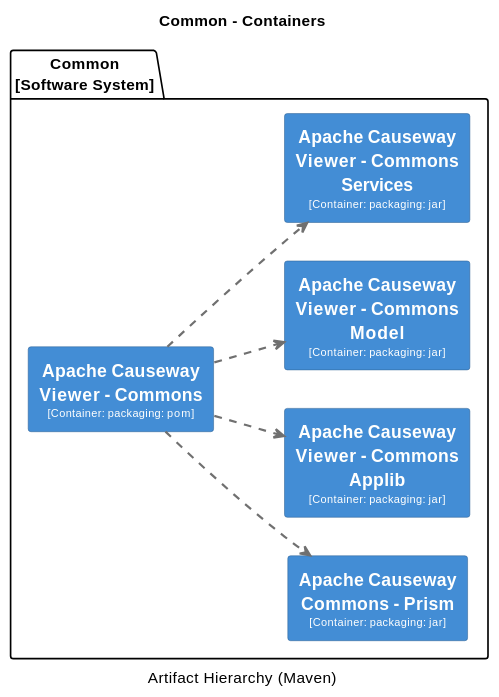
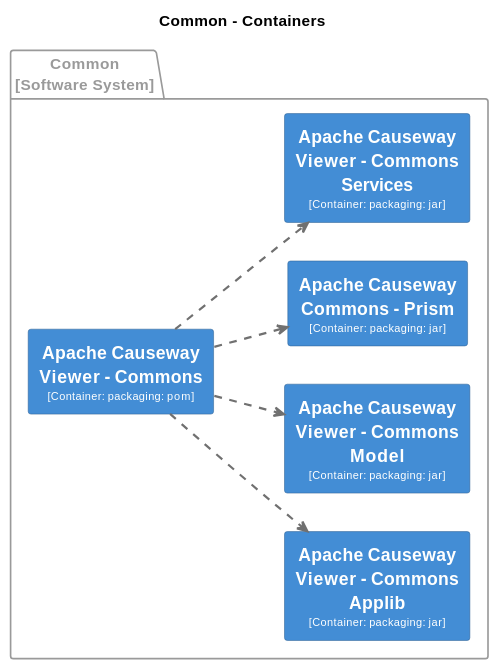
Diagram 15 of 31 in core/adoc/modules/_overview/pages/about.adoc (apache/causeway), drawn with PlantUML before and after one commit. The commit also changed other lines of this file and 7 other files, not shown here.

```diff
--- a/core/adoc/modules/_overview/pages/about.adoc
+++ b/core/adoc/modules/_overview/pages/about.adoc
@@ -2436,53 +2787,61 @@
 [plantuml,Common,svg]
 ----
-@startuml(id=Common)
+@startuml
+set separator none
 title Common - Containers
-caption Artifact Hierarchy (Maven)
+
+left to right direction
 
 skinparam {
   shadowing false
   arrowFontSize 10
   defaultTextAlignment center
   wrapWidth 200
   maxMessageSize 100
 }
+
 hide stereotype
-left to right direction
-skinparam rectangle<<2>> {
+
+skinparam rectangle<<Common.ApacheCausewayCommonsPrism>> {
   BackgroundColor #438dd5
   FontColor #fffffe
   BorderColor #2e6295
 }
-skinparam rectangle<<3>> {
+skinparam rectangle<<Common.ApacheCausewayViewerCommons>> {
   BackgroundColor #438dd5
   FontColor #fffffe
   BorderColor #2e6295
 }
-skinparam rectangle<<4>> {
+skinparam rectangle<<Common.ApacheCausewayViewerCommonsApplib>> {
   BackgroundColor #438dd5
   FontColor #fffffe
   BorderColor #2e6295
 }
-skinparam rectangle<<5>> {
+skinparam rectangle<<Common.ApacheCausewayViewerCommonsModel>> {
   BackgroundColor #438dd5
   FontColor #fffffe
   BorderColor #2e6295
 }
-skinparam rectangle<<6>> {
+skinparam rectangle<<Common.ApacheCausewayViewerCommonsServices>> {
   BackgroundColor #438dd5
   FontColor #fffffe
   BorderColor #2e6295
 }
-package "Common\n[Software System]" {
-  rectangle "==Apache Causeway Commons - Prism\n<size:10>[Container: packaging: jar]</size>" <<5>> as 5
-  rectangle "==Apache Causeway Viewer - Commons\n<size:10>[Container: packaging: pom]</size>" <<2>> as 2
-  rectangle "==Apache Causeway Viewer - Commons Applib\n<size:10>[Container: packaging: jar]</size>" <<3>> as 3
-  rectangle "==Apache Causeway Viewer - Commons Model\n<size:10>[Container: packaging: jar]</size>" <<4>> as 4
-  rectangle "==Apache Causeway Viewer - Commons Services\n<size:10>[Container: packaging: jar]</size>" <<6>> as 6
+
+package "Common\n[Software System]" <<Common>> {
+  skinparam PackageBorderColor<<Common>> #9a9a9a
+  skinparam PackageFontColor<<Common>> #9a9a9a
+
+  rectangle "==Apache Causeway Viewer - Commons\n<size:10>[Container: packaging: pom]</size>" <<Common.ApacheCausewayViewerCommons>> as Common.ApacheCausewayViewerCommons
+  rectangle "==Apache Causeway Viewer - Commons Applib\n<size:10>[Container: packaging: jar]</size>" <<Common.ApacheCausewayViewerCommonsApplib>> as Common.ApacheCausewayViewerCommonsApplib
+  rectangle "==Apache Causeway Viewer - Commons Model\n<size:10>[Container: packaging: jar]</size>" <<Common.ApacheCausewayViewerCommonsModel>> as Common.ApacheCausewayViewerCommonsModel
+  rectangle "==Apache Causeway Commons - Prism\n<size:10>[Container: packaging: jar]</size>" <<Common.ApacheCausewayCommonsPrism>> as Common.ApacheCausewayCommonsPrism
+  rectangle "==Apache Causeway Viewer - Commons Services\n<size:10>[Container: packaging: jar]</size>" <<Common.ApacheCausewayViewerCommonsServices>> as Common.ApacheCausewayViewerCommonsServices
 }
-2 .[#707070,thickness=2].> 5 : ""
-2 .[#707070,thickness=2].> 3 : ""
-2 .[#707070,thickness=2].> 4 : ""
-2 .[#707070,thickness=2].> 6 : ""
+
+Common.ApacheCausewayViewerCommons .[#707070,thickness=2].> Common.ApacheCausewayViewerCommonsServices : "<color:#707070>"
+Common.ApacheCausewayViewerCommons .[#707070,thickness=2].> Common.ApacheCausewayViewerCommonsApplib : "<color:#707070>"
+Common.ApacheCausewayViewerCommons .[#707070,thickness=2].> Common.ApacheCausewayViewerCommonsModel : "<color:#707070>"
+Common.ApacheCausewayViewerCommons .[#707070,thickness=2].> Common.ApacheCausewayCommonsPrism : "<color:#707070>"
 @enduml
 ----
```
